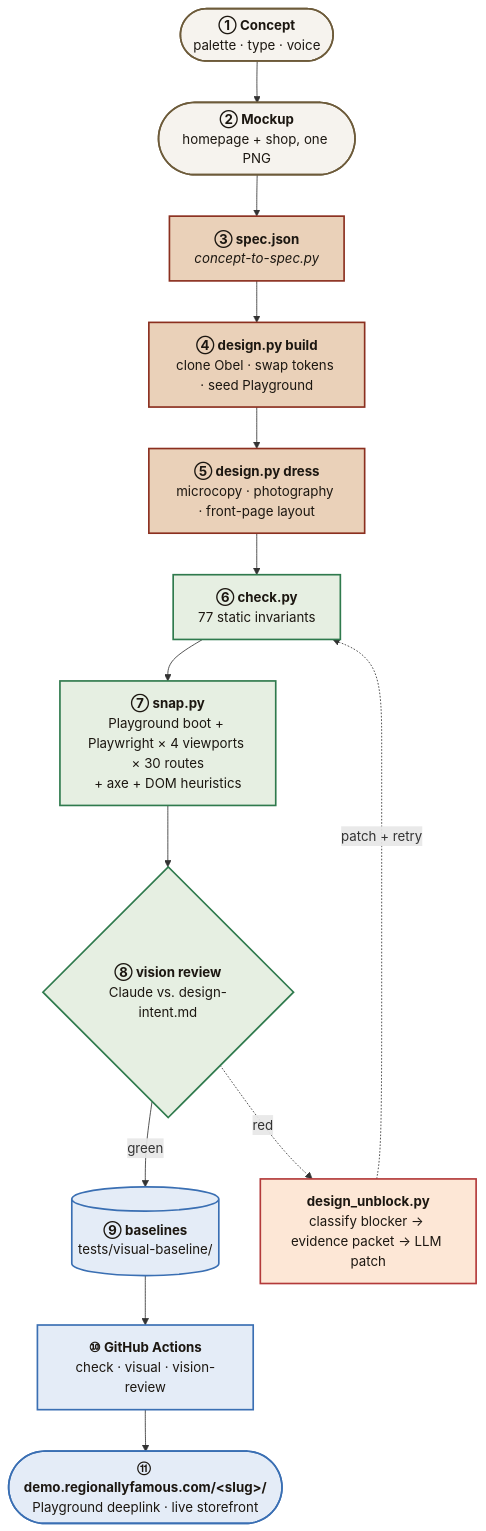
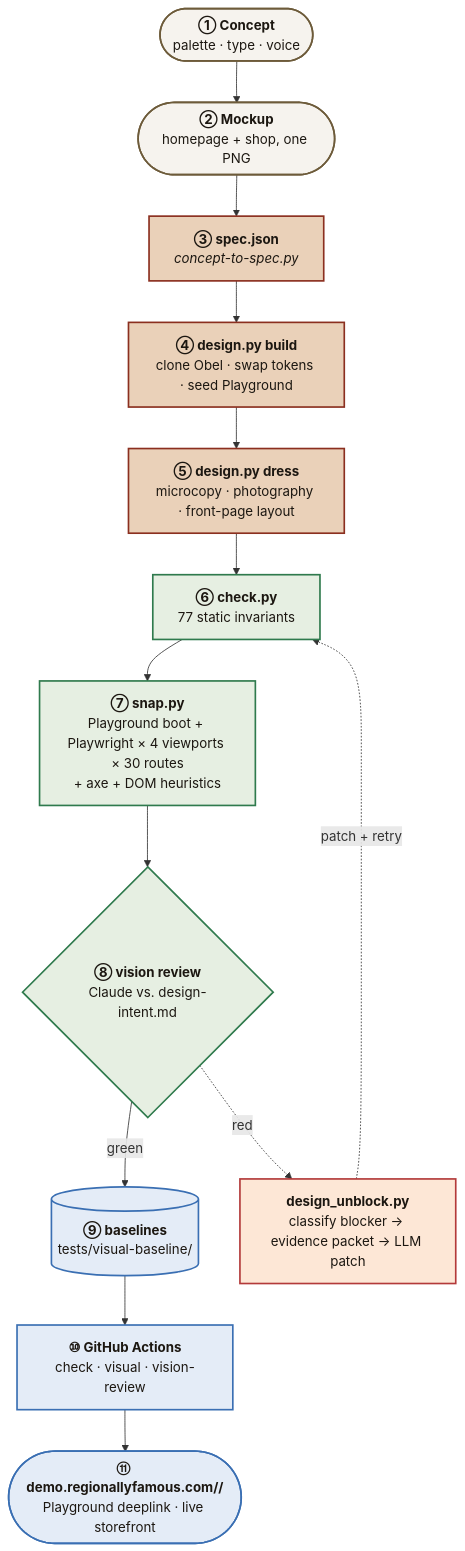
The diagram in docs/how-it-works.md (RegionallyFamous/fifty), drawn with Mermaid before and after one commit. The commit also changed other lines of this file, not shown here.

````diff
--- a/docs/how-it-works.md
+++ b/docs/how-it-works.md
@@ -7,26 +7,26 @@
 ```mermaid
 flowchart TB
     classDef ideate fill:#f6f3ee,stroke:#6d5b3a,color:#1c1711,stroke-width:2px
     classDef design fill:#ead1b9,stroke:#8b2f1f,color:#1c1711,stroke-width:2px
     classDef verify fill:#e6efe2,stroke:#2F7A4D,color:#1c1711,stroke-width:2px
     classDef heal   fill:#fde7d6,stroke:#b33a3a,color:#1c1711,stroke-width:2px
     classDef ship   fill:#e4ecf7,stroke:#3A6FB3,color:#1c1711,stroke-width:2px
 
     A(["<b>① Concept</b><br/>palette · type · voice"]):::ideate
     M(["<b>② Mockup</b><br/>homepage + shop, one PNG"]):::ideate
     S["<b>③ spec.json</b><br/><i>concept-to-spec.py</i>"]:::design
     B["<b>④ design.py build</b><br/>clone Obel · swap tokens · seed Playground"]:::design
     D["<b>⑤ design.py dress</b><br/>microcopy · photography · front-page layout"]:::design
     CH["<b>⑥ check.py</b><br/>77 static invariants"]:::verify
     SN["<b>⑦ snap.py</b><br/>Playground boot + Playwright × 4 viewports × 30 routes<br/>+ axe + DOM heuristics"]:::verify
     VI{"<b>⑧ vision review</b><br/>Claude vs. design-intent.md"}:::verify
     UN["<b>design_unblock.py</b><br/>classify blocker → evidence packet → LLM patch"]:::heal
     BL[("<b>⑨ baselines</b><br/>tests/visual-baseline/")]:::ship
     CI["<b>⑩ GitHub Actions</b><br/>check · visual · vision-review"]:::ship
-    LIVE(["<b>⑪ demo.regionallyfamous.com/&lt;slug&gt;/</b><br/>Playground deeplink · live storefront"]):::ship
+    LIVE(["<b>⑪ demo.regionallyfamous.com/<slug>/</b><br/>Playground deeplink · live storefront"]):::ship
 
     A --> M --> S --> B --> D --> CH --> SN --> VI
     VI -->|green| BL --> CI --> LIVE
     VI -. red .-> UN
     UN -. patch + retry .-> CH
 ```
````
